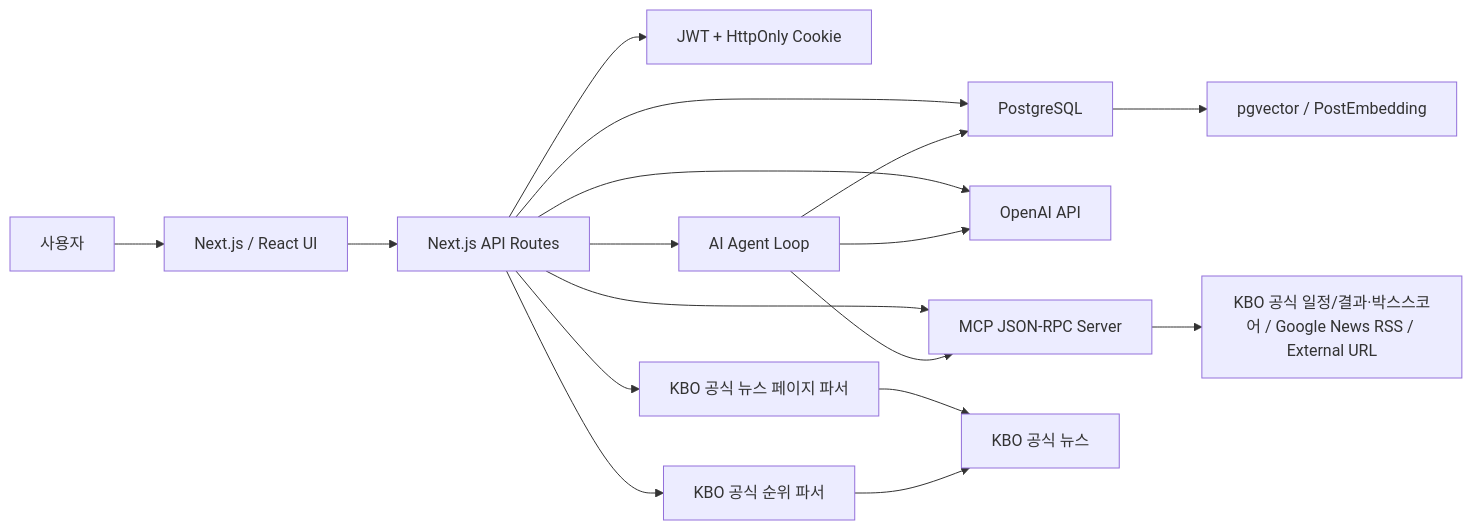
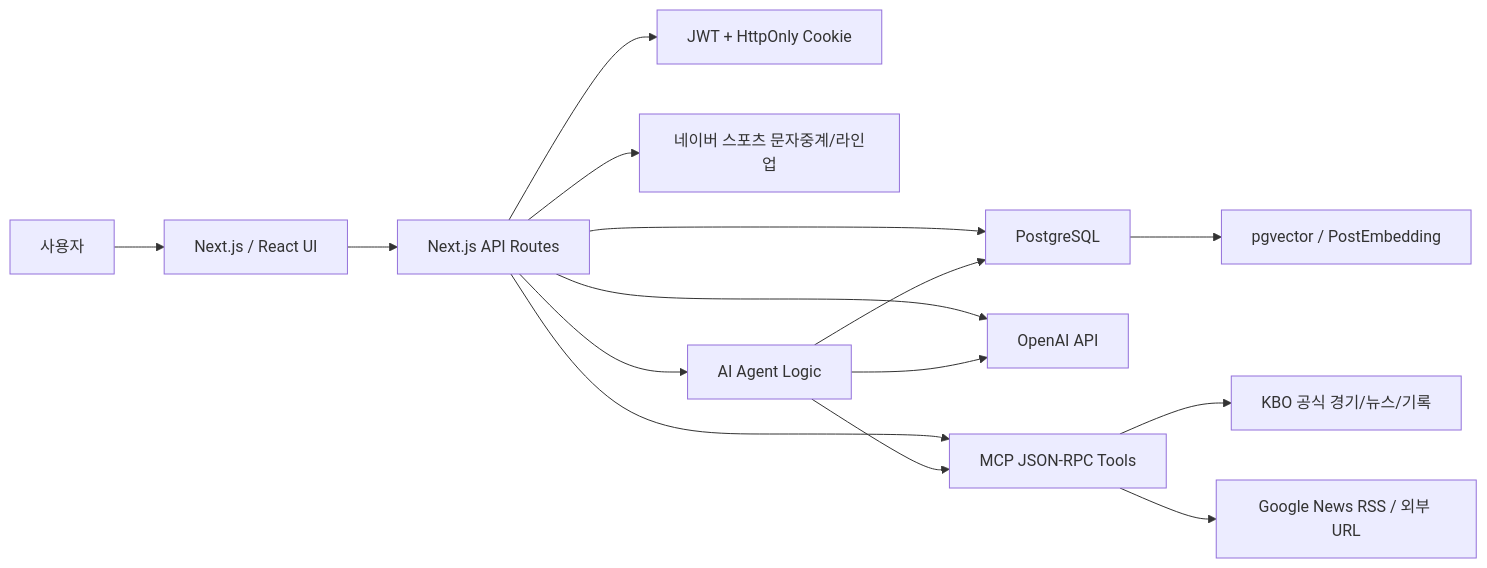
One commit to seok3m4/AI_w15-16 changed the diagram in README.md. Above: the diagram before and after it, drawn with Mermaid. The commit also changed other lines of this file, not shown here.

````diff
--- a/README.md
+++ b/README.md
@@ -125,19 +89,17 @@
 ```mermaid
 flowchart LR
-    User["사용자"] --> Web["Next.js / React UI"]
-    Web --> API["Next.js API Routes"]
+    User["사용자"] --> UI["Next.js / React UI"]
+    UI --> API["Next.js API Routes"]
     API --> Auth["JWT + HttpOnly Cookie"]
     API --> DB["PostgreSQL"]
     DB --> Vector["pgvector / PostEmbedding"]
     API --> OpenAI["OpenAI API"]
-    API --> MCP["MCP JSON-RPC Server"]
-    API --> KboNews["KBO 공식 뉴스 페이지 파서"]
-    API --> KboStandings["KBO 공식 순위 파서"]
-    MCP --> External["KBO 공식 일정/결과·박스스코어 / Google News RSS / External URL"]
-    KboNews --> KboOfficial["KBO 공식 뉴스"]
-    KboStandings --> KboOfficial
-    API --> Agent["AI Agent Loop"]
+    API --> MCP["MCP JSON-RPC Tools"]
+    MCP --> KBO["KBO 공식 경기/뉴스/기록"]
+    MCP --> News["Google News RSS / 외부 URL"]
+    API --> Naver["네이버 스포츠 문자중계/라인업"]
+    API --> Agent["AI Agent Logic"]
     Agent --> OpenAI
     Agent --> DB
     Agent --> MCP
 ```
````
